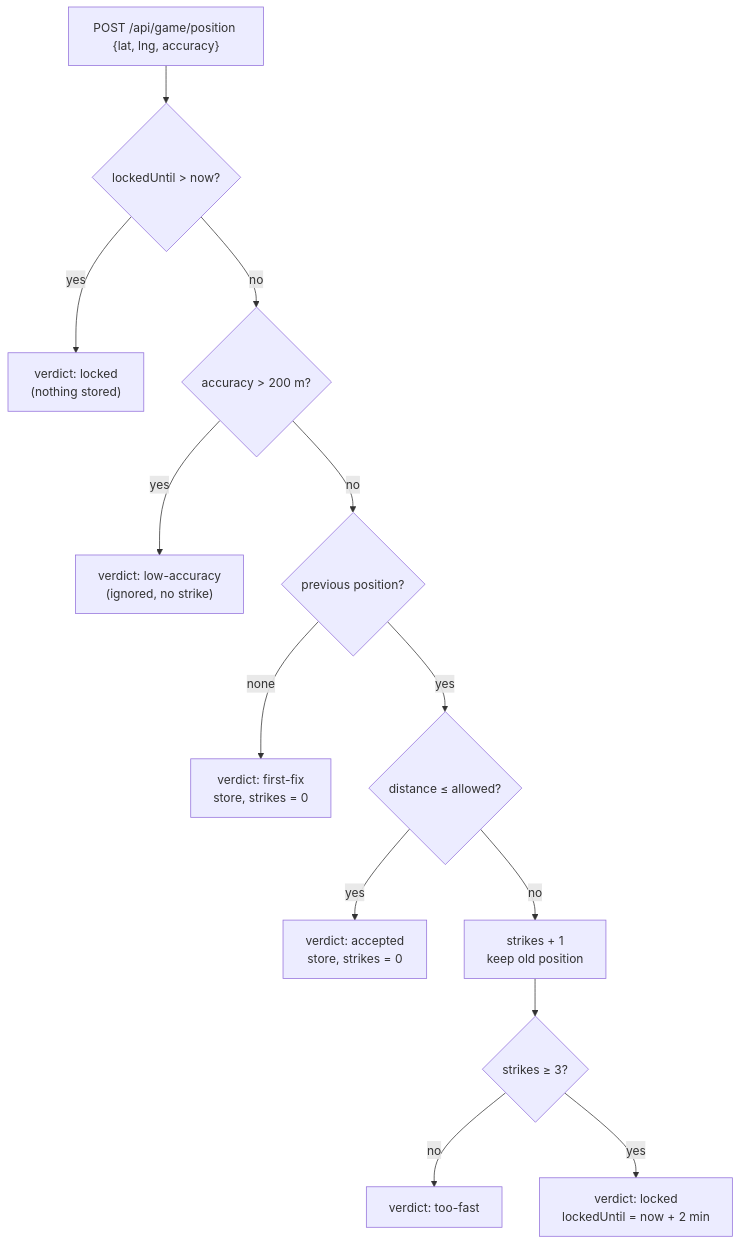
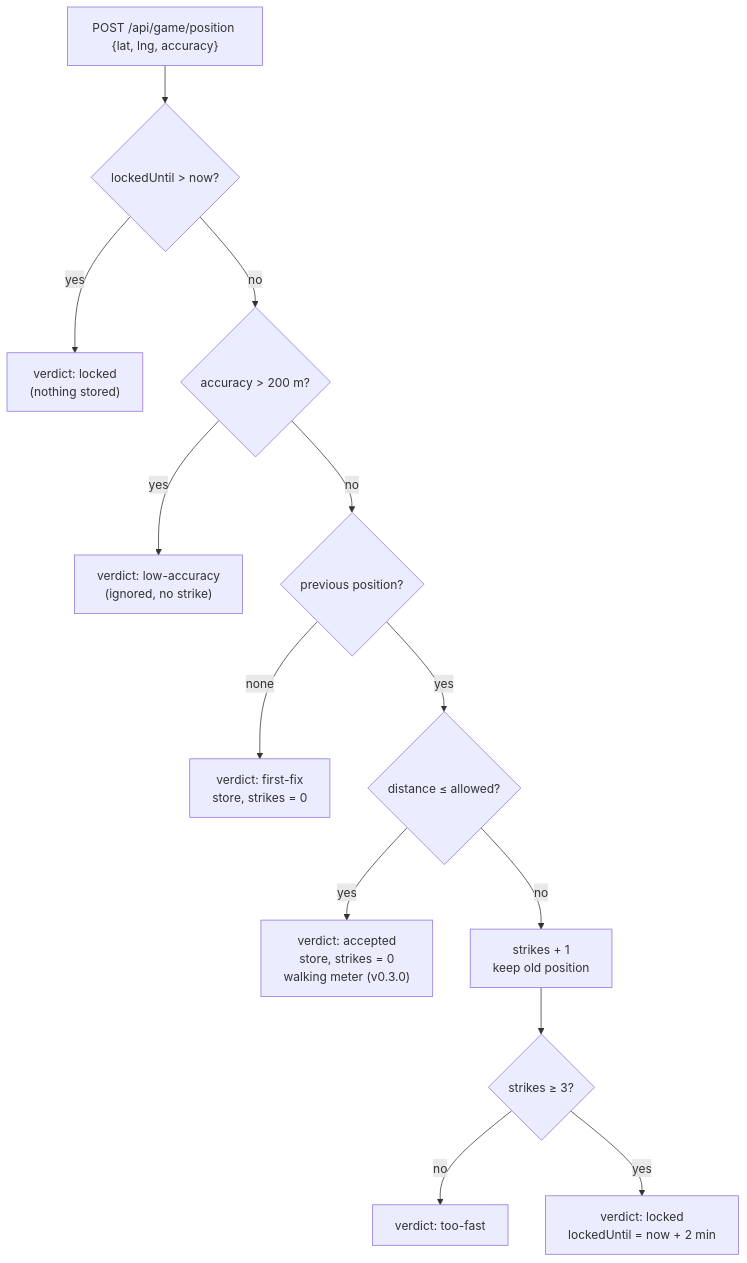
Before and after one commit to samceracas/wildbound: the sixth of 8 diagrams in docs/07-game-systems.md, drawn with Mermaid. The commit also changed other lines of this file and 4 other files, not shown here.

First line of the commit message:
docs(0.3.0): work in progress on game systems, content and charts

````diff
--- a/docs/07-game-systems.md
+++ b/docs/07-game-systems.md
@@ -310,15 +343,15 @@
 ```mermaid
 flowchart TD
     rep["POST /api/game/position {lat, lng, accuracy}"] --> L{"lockedUntil > now?"}
     L -- yes --> LOCKED["verdict: locked<br/>(nothing stored)"]
     L -- no --> A{"accuracy > 200 m?"}
     A -- yes --> LOW["verdict: low-accuracy<br/>(ignored, no strike)"]
     A -- no --> F{"previous position?"}
     F -- none --> FIRST["verdict: first-fix<br/>store, strikes = 0"]
     F -- yes --> D{"distance ≤ allowed?"}
-    D -- yes --> OK["verdict: accepted<br/>store, strikes = 0"]
+    D -- yes --> OK["verdict: accepted<br/>store, strikes = 0<br/>walking meter (v0.3.0)"]
     D -- no --> S["strikes + 1<br/>keep old position"]
     S --> S3{"strikes ≥ 3?"}
     S3 -- no --> FAST["verdict: too-fast"]
     S3 -- yes --> LOCK["verdict: locked<br/>lockedUntil = now + 2 min"]
 ```
````
